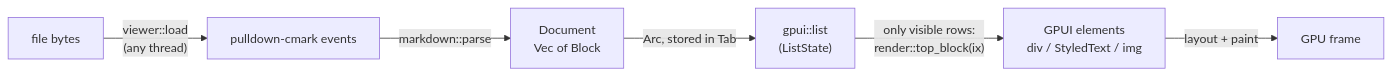
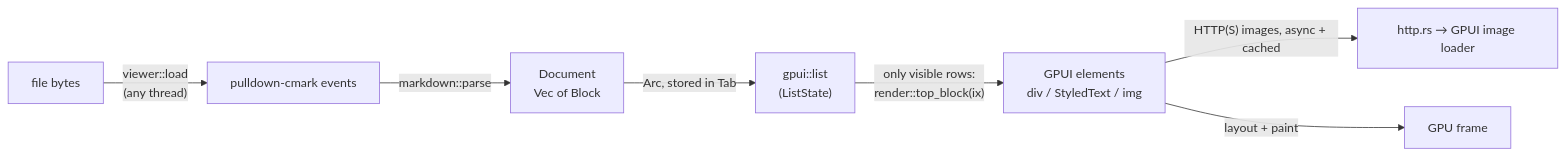
Before and after one commit to JorgeAgar/markdown-viewer-zed: the first of 2 diagrams in docs/rendering.md, drawn with Mermaid. The commit also changed other lines of this file and 11 other files, not shown here.

````diff
--- a/docs/rendering.md
+++ b/docs/rendering.md
@@ -7,8 +7,9 @@
 ```mermaid
 flowchart LR
     F["file bytes"] -->|"viewer::load<br/>(any thread)"| P["pulldown-cmark events"]
     P -->|"markdown::parse"| D["Document<br/>Vec of Block"]
     D -->|"Arc, stored in Tab"| L["gpui::list<br/>(ListState)"]
     L -->|"only visible rows:<br/>render::top_block(ix)"| E["GPUI elements<br/>div / StyledText / img"]
+    E -->|"HTTP(S) images, async + cached"| H["http.rs → GPUI image loader"]
     E -->|"layout + paint"| GPU["GPU frame"]
 ```
````
